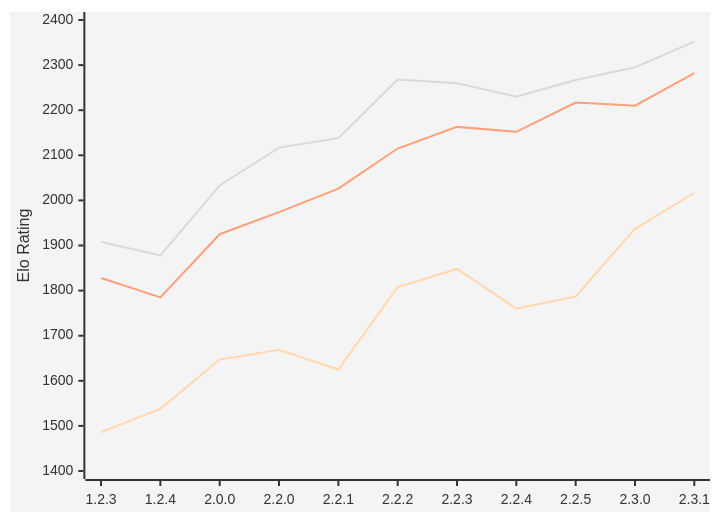
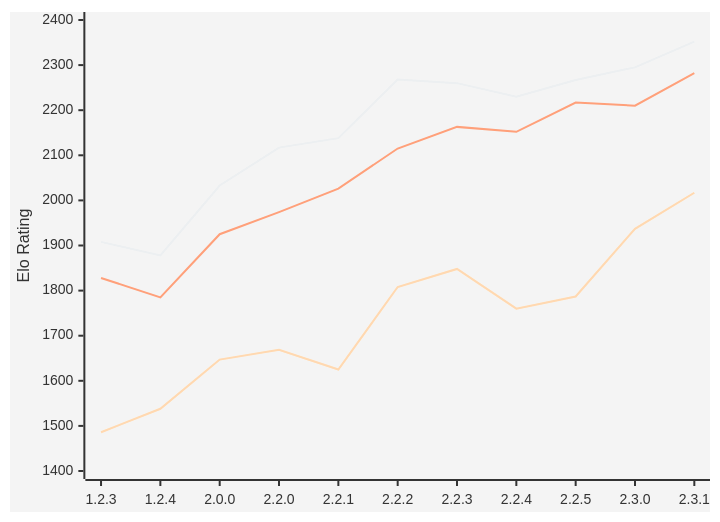
The first of 2 diagrams in engines/Kreveta.md (computer-chess-index/cci), drawn with Mermaid before and after one commit. The commit also changed other lines of this file, not shown here.

Commit message:
Update CCI Ratings (ELO VLTC) - 2026-05-17

````diff
--- a/engines/Kreveta.md
+++ b/engines/Kreveta.md
@@ -43,11 +43,10 @@
 ```mermaid
 %%{init: {"theme":"base","themeVariables":{"seriesColors":["#6e6e6e","#f4a261","#2a9d8f"]}}}%%
 xychart-beta
   x-axis ["1.2.3", "1.2.4", "2.0.0", "2.2.0", "2.2.1", "2.2.2", "2.2.3", "2.2.4", "2.2.5", "2.3.0", "2.3.1"]
   y-axis "Elo Rating" 1400 --> 2400
   line "① STC (8.0+0.08s)" [1486, 1538, 1647, 1669, 1625, 1808, 1848, 1760, 1787, 1937, 2017]
   line "① STC (8.0+0.08s)" [1486, 1538, 1647, 1669, 1625, 1808, 1848, 1760, 1787, 1937, 2017]
   line "② LTC (60.0+0.60s)" [1828, 1785, 1925, 1974, 2026, 2115, 2163, 2152, 2217, 2210, 2282]
   line "③ VLTC (2m24s+1.12s)" [1908, 1878, 2033, 2117, 2138, 2268, 2260, 2230, 2267, 2295, 2352]
-  line "③ VLTC (2m24s+1.12s)" [1908, 1878, 2033, 2117, 2138, 2268, 2260, 2230, 2267, 2295, 2352]
 ```
````
